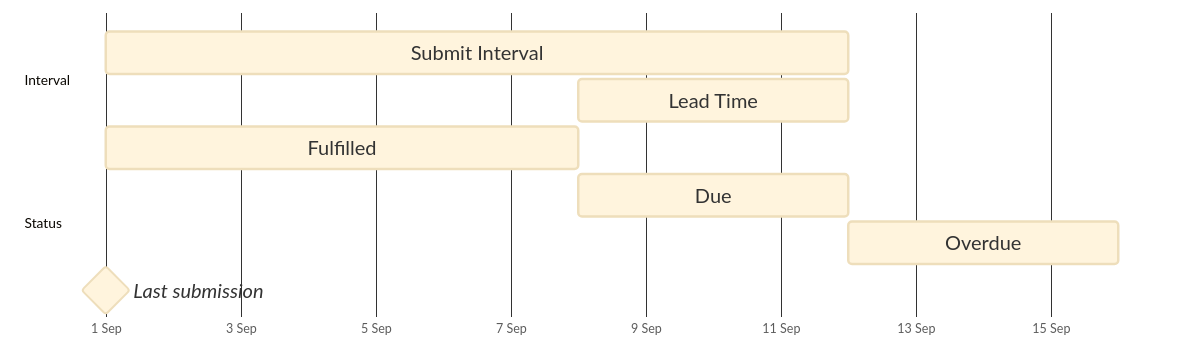
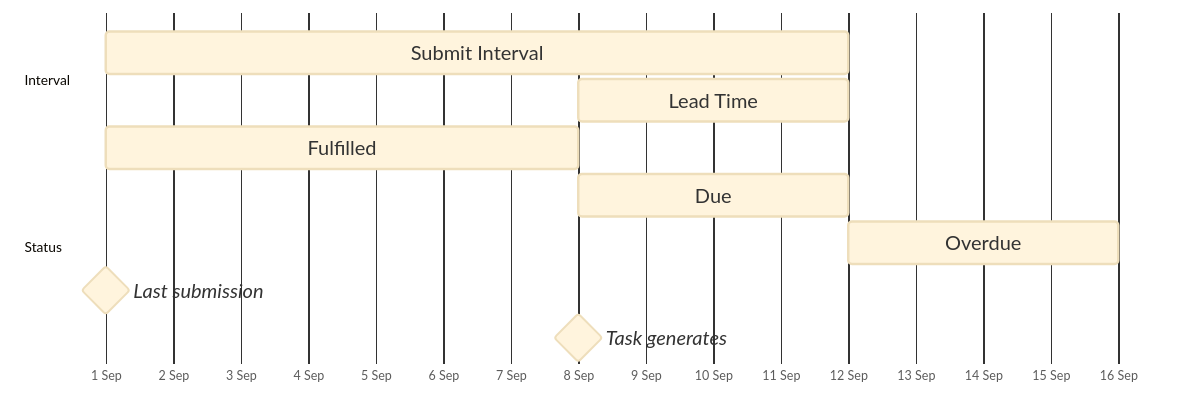
The diagram in docs/drafts/intervals-and-lead-times.md (opus-safety/opus-knowledge-base), drawn with Mermaid before and after one commit.

Commit message:
Edited Diagram in 'Intervals & Lead Times'
Changed: Mermaid code

Published via More Buttons Chrome Extension

````diff
--- a/docs/drafts/intervals-and-lead-times.md
+++ b/docs/drafts/intervals-and-lead-times.md
@@ -15,27 +15,29 @@
 ```mermaid
 ---
 config:
   theme: base
   gantt:
     useWidth: 960
     barHeight: 34
     fontSize: 16
   themeVariables:
     sectionBkgColor: transparent
     altSectionBkgColor: transparent
     sectionBkgColor2: transparent
-  themeCSS: "[id$='-i']{fill:#9ca3af26 !important;stroke:#7d8590 !important;stroke-width:2px;}[id$='-l']{fill:#7d859026 !important;stroke:#57606a !important;stroke-width:2px;}[id$='-s']{fill:#22c55e26 !important;stroke:#16a34a !important;stroke-width:2px;}[id$='-d']{fill:#f59e0b26 !important;stroke:#d97706 !important;stroke-width:2px;}[id$='-o']{fill:#ef444426 !important;stroke:#dc2626 !important;stroke-width:2px;}[id$='-m1']{fill:#57606a !important;stroke:#374151 !important;}.grid .tick line{stroke:none !important;}.grid .tick:first-of-type line{stroke:#9ca3af !important;}.grid .tick text{display:none;}.sectionTitle{display:none;}rect.section{fill:transparent !important;}text.taskText,text.taskTextOutsideRight,text.taskTextOutsideLeft,text.taskTextOutside0,text.taskTextOutside1,text.milestoneText{fill:currentColor !important;}"
+  themeCSS: "[id$='-i']{fill:#9ca3af26 !important;stroke:#7d8590 !important;stroke-width:2px;}[id$='-l']{fill:#7d859026 !important;stroke:#57606a !important;stroke-width:2px;}[id$='-s']{fill:#22c55e26 !important;stroke:#16a34a !important;stroke-width:2px;}[id$='-d']{fill:#f59e0b26 !important;stroke:#d97706 !important;stroke-width:2px;}[id$='-o']{fill:#ef444426 !important;stroke:#dc2626 !important;stroke-width:2px;}[id$='-m1'],[id$='-m2']{fill:#57606a !important;stroke:#374151 !important;}[id$='-m2'],[id$='-m2-text']{translate:0 -38px;}.grid{clip-path:inset(0 0 38px 0);}.grid .tick line{stroke:none !important;}.grid .tick:first-of-type line,.grid .tick:nth-of-type(8) line{stroke:#9ca3af !important;}.grid .tick text{display:none;}.sectionTitle{display:none;}rect.section{fill:transparent !important;}text.taskText,text.taskTextOutsideRight,text.taskTextOutsideLeft,text.taskTextOutside0,text.taskTextOutside1,text.milestoneText{fill:currentColor !important;}"
 ---
 gantt
   dateFormat YYYY-MM-DD
   axisFormat %e %b
+  tickInterval 1day
   todayMarker off
   section Interval
     Submit Interval : i, 2026-09-01, 11d
     Lead Time : l, 2026-09-08, 4d
   section Status
     Fulfilled : s, 2026-09-01, 7d
     Due : d, 2026-09-08, 4d
     Overdue : o, 2026-09-12, 4d
     Last submission : milestone, m1, 2026-09-01, 0d
+    Task generates : milestone, m2, 2026-09-08, 0d
 ```
````
